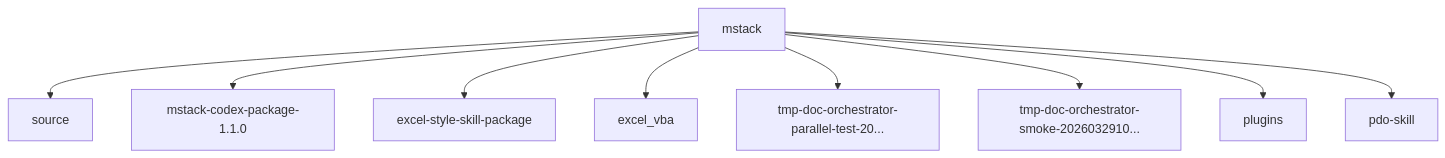
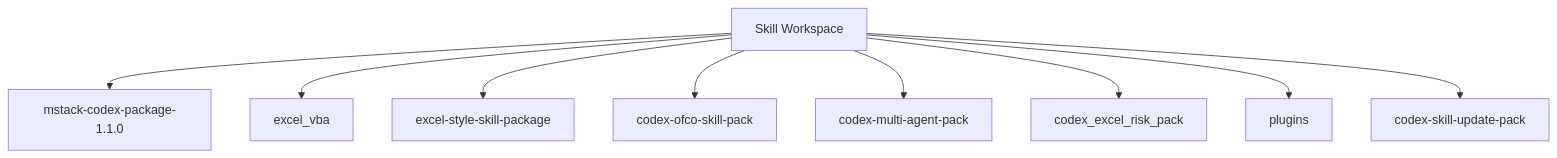
The diagram in docs/project-docs/LAYOUT.md (macho715/CODEX_SKILL), drawn with Mermaid before and after one commit. The commit also changed other lines of this file and 148 other files, not shown here.

````diff
--- a/docs/project-docs/LAYOUT.md
+++ b/docs/project-docs/LAYOUT.md
@@ -9,20 +9,20 @@
 ```mermaid
 flowchart TD
-    repo["mstack"]
-    source["source"]
-    repo --> source
+    repo["Skill Workspace"]
     mstack_codex_package_1_1_0["mstack-codex-package-1.1.0"]
     repo --> mstack_codex_package_1_1_0
+    excel_vba["excel_vba"]
+    repo --> excel_vba
     excel_style_skill_package["excel-style-skill-package"]
     repo --> excel_style_skill_package
-    excel_vba["excel_vba"]
-    repo --> excel_vba
-    tmp_doc_orchestrator_parallel_test_20260330["tmp-doc-orchestrator-parallel-test-20..."]
-    repo --> tmp_doc_orchestrator_parallel_test_20260330
-    tmp_doc_orchestrator_smoke_20260329100642["tmp-doc-orchestrator-smoke-2026032910..."]
-    repo --> tmp_doc_orchestrator_smoke_20260329100642
+    codex_ofco_skill_pack["codex-ofco-skill-pack"]
+    repo --> codex_ofco_skill_pack
+    codex_multi_agent_pack["codex-multi-agent-pack"]
+    repo --> codex_multi_agent_pack
+    codex_excel_risk_pack["codex_excel_risk_pack"]
+    repo --> codex_excel_risk_pack
     plugins["plugins"]
     repo --> plugins
-    pdo_skill["pdo-skill"]
-    repo --> pdo_skill
+    codex_skill_update_pack["codex-skill-update-pack"]
+    repo --> codex_skill_update_pack
 ```
````
